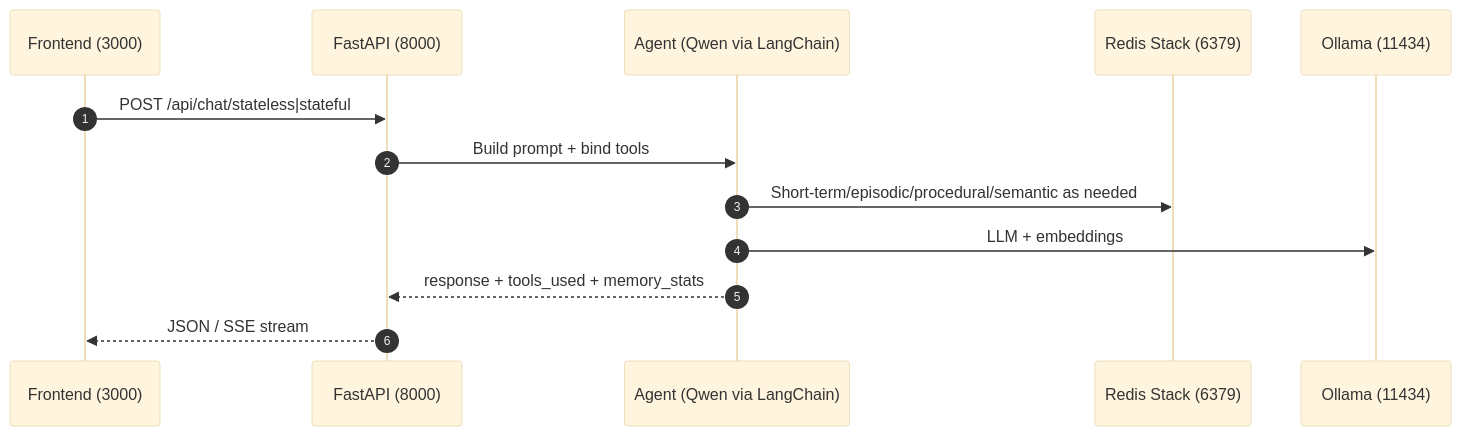
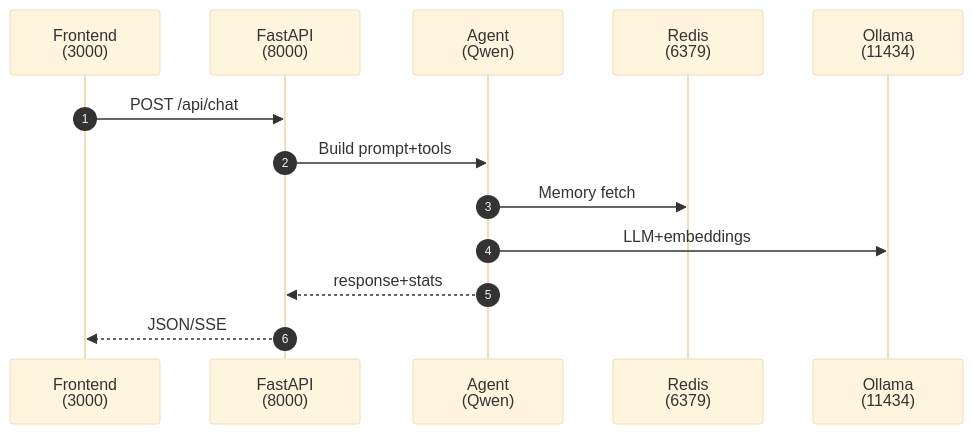
The diagram in docs/archive/2025-10-reset/02_SERVICES_OVERVIEW.md (AllieRays/redis-wellness), drawn with Mermaid (base theme) before and after one commit. The commit also changed 4 other files, not shown here.

Commit message:
Fix stateless agent: increase max_tool_calls from 5 to 8 and call LLM without tools after max iterations

````diff
--- a/docs/archive/2025-10-reset/02_SERVICES_OVERVIEW.md
+++ b/docs/archive/2025-10-reset/02_SERVICES_OVERVIEW.md
@@ -45,16 +45,15 @@
 ```mermaid path=null start=null
 sequenceDiagram
   autonumber
-  participant UI as Frontend (3000)
-  participant API as FastAPI (8000)
-  participant AG as Agent (Qwen via LangChain)
-  participant R as Redis Stack (6379)
-  participant OL as Ollama (11434)
-
-  UI->>API: POST /api/chat/stateless|stateful
-  API->>AG: Build prompt + bind tools
-  AG->>R: Short-term/episodic/procedural/semantic as needed
-  AG->>OL: LLM + embeddings
-  AG-->>API: response + tools_used + memory_stats
-  API-->>UI: JSON / SSE stream
+  participant UI as Frontend<br/>(3000)
+  participant API as FastAPI<br/>(8000)
+  participant AG as Agent<br/>(Qwen)
+  participant R as Redis<br/>(6379)
+  participant OL as Ollama<br/>(11434)
+  UI->>API: POST /api/chat
+  API->>AG: Build prompt+tools
+  AG->>R: Memory fetch
+  AG->>OL: LLM+embeddings
+  AG-->>API: response+stats
+  API-->>UI: JSON/SSE
 ```
````
